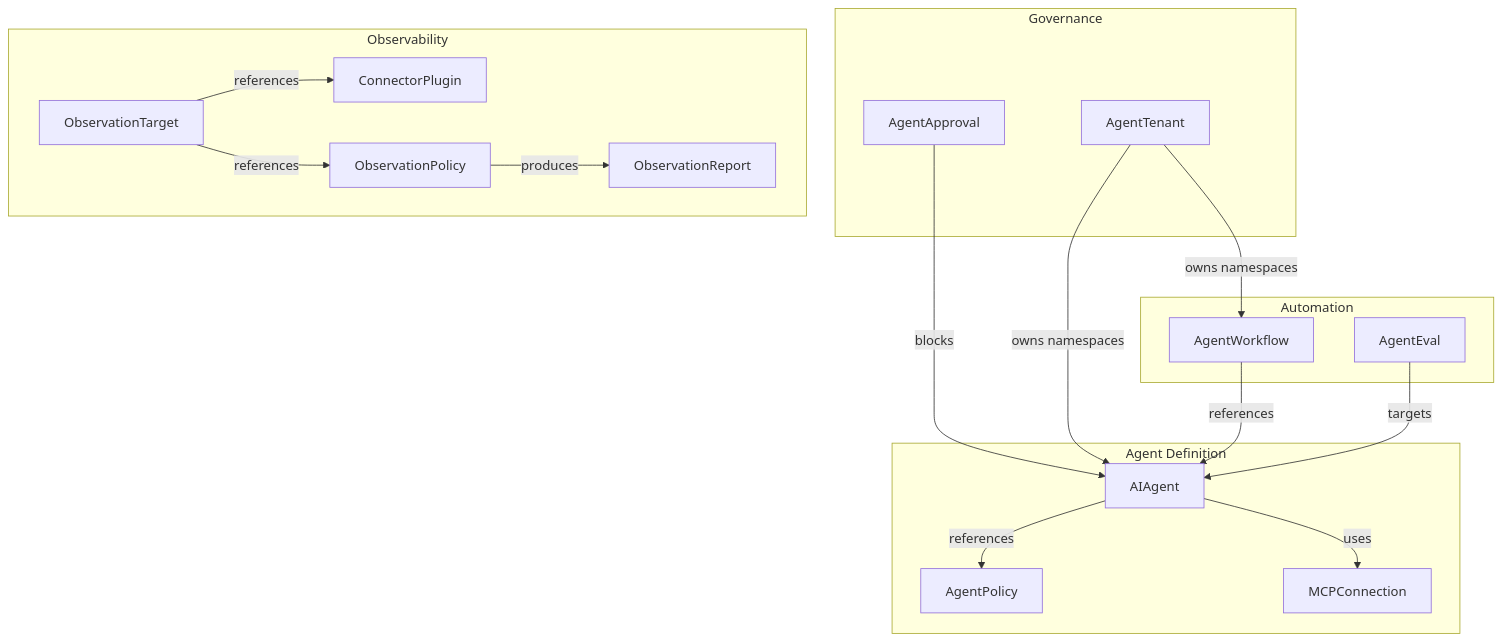
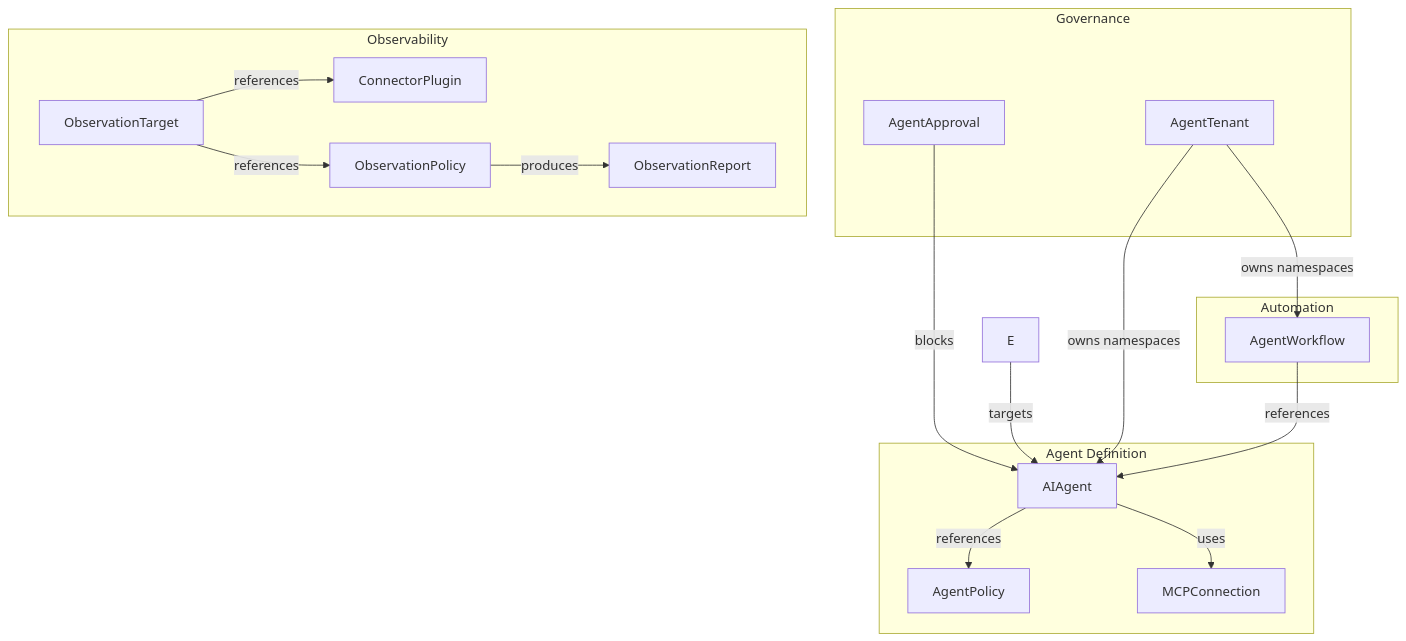
The fifth of 5 diagrams in docs/architecture.md (ykbytes/kubesynapse.ai), drawn with Mermaid before and after one commit. The commit also changed other lines of this file and 80 other files, not shown here.

````diff
--- a/docs/architecture.md
+++ b/docs/architecture.md
@@ -247,36 +246,35 @@
 ```mermaid
 flowchart TB
     subgraph Agent["Agent Definition"]
         A[AIAgent]
         P[AgentPolicy]
         M[MCPConnection]
     end
 
     subgraph Governance["Governance"]
         AP[AgentApproval]
         AT[AgentTenant]
     end
 
     subgraph Automation["Automation"]
         W[AgentWorkflow]
-        E[AgentEval]
     end
 
     subgraph Observability["Observability"]
         OT[ObservationTarget]
         OP[ObservationPolicy]
         OC[ConnectorPlugin]
         OR[ObservationReport]
     end
 
     A -->|references| P
     A -->|uses| M
     W -->|references| A
     E -->|targets| A
     AP -->|blocks| A
     AT -->|owns namespaces| A
     AT -->|owns namespaces| W
     OT -->|references| OC
     OT -->|references| OP
     OP -->|produces| OR
 ```
````
